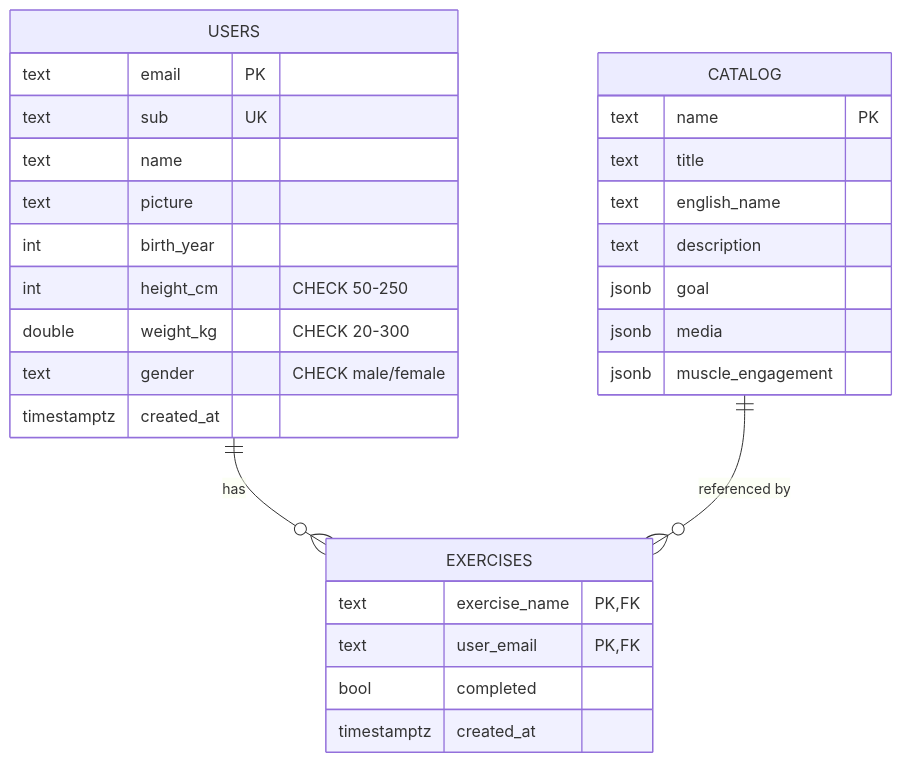
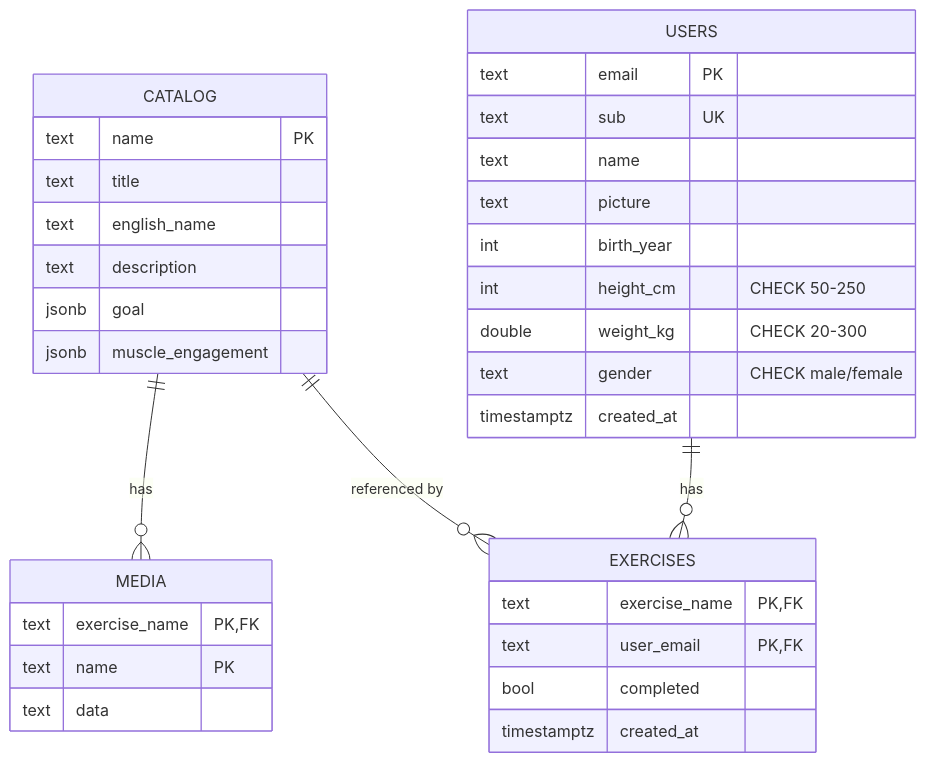
The diagram in SQL_DB/README.md (Kolomaznik/trener), drawn with Mermaid before and after one commit. The commit also changed other lines of this file and 7 other files, not shown here.

````diff
--- a/SQL_DB/README.md
+++ b/SQL_DB/README.md
@@ -17,31 +17,36 @@
 ```mermaid
 erDiagram
     CATALOG {
         text name PK
         text title
         text english_name
         text description
         jsonb goal
-        jsonb media
         jsonb muscle_engagement
+    }
+    MEDIA {
+        text exercise_name PK,FK
+        text name PK
+        text data
     }
     USERS {
         text email PK
         text sub UK
         text name
         text picture
         int birth_year
         int height_cm "CHECK 50-250"
         double weight_kg "CHECK 20-300"
         text gender "CHECK male/female"
         timestamptz created_at
     }
     EXERCISES {
         text exercise_name PK,FK
         text user_email PK,FK
         bool completed
         timestamptz created_at
     }
+    CATALOG ||--o{ MEDIA : "has"
     USERS ||--o{ EXERCISES : "has"
     CATALOG ||--o{ EXERCISES : "referenced by"
 ```
````
